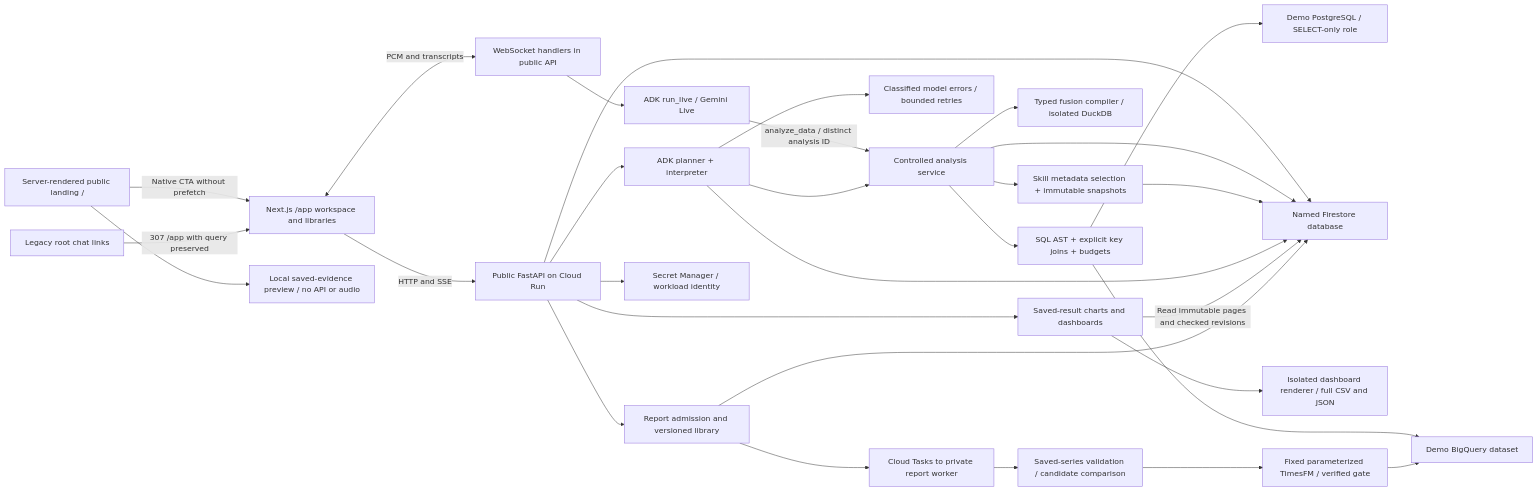
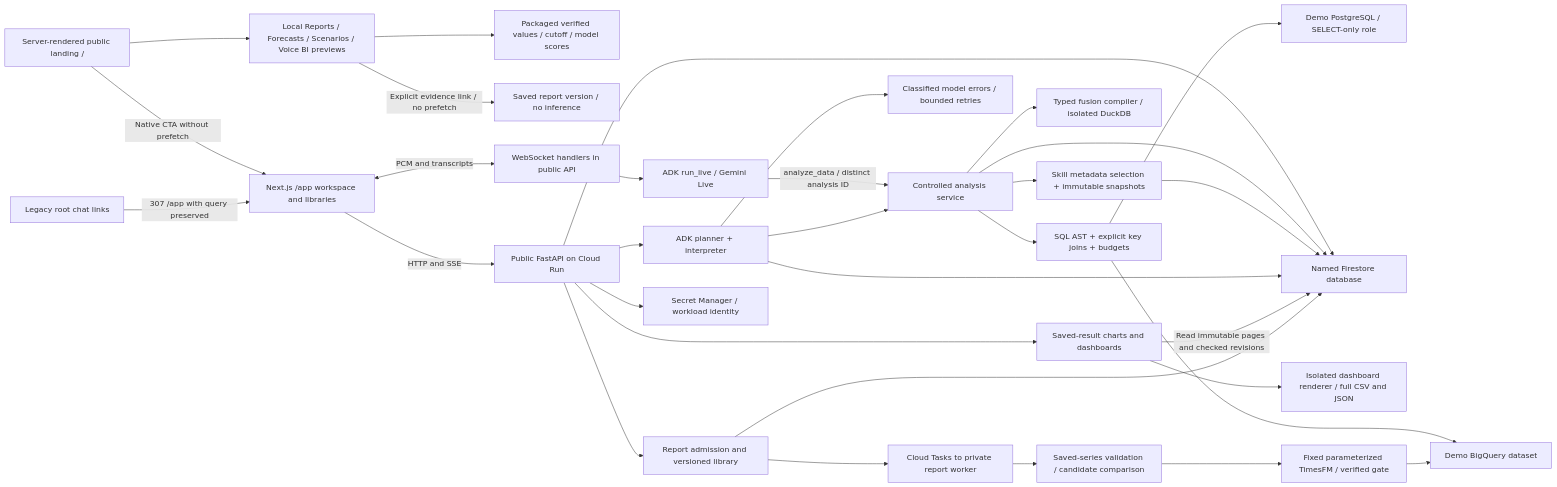
Before and after one commit to RusiruChathushanaka/querylane-agentic-bi: the first of 2 diagrams in docs/architecture.md, drawn with Mermaid. The commit also changed other lines of this file and 11 other files, not shown here.

Commit message:
Refresh TimesFM landing documentation and Graphify architecture maps

````diff
--- a/docs/architecture.md
+++ b/docs/architecture.md
@@ -9,32 +9,34 @@
 ```mermaid
 flowchart LR
     Landing[Server-rendered public landing /] -->|Native CTA without prefetch| Browser[Next.js /app workspace and libraries]
-    Landing --> Preview[Local saved-evidence preview / no API or audio]
+    Landing --> Preview[Local Reports / Forecasts / Scenarios / Voice BI previews]
+    Preview --> Fixture[Packaged verified values / cutoff / model scores]
+    Preview -->|Explicit evidence link / no prefetch| Version[Saved report version / no inference]
     Legacy[Legacy root chat links] -->|307 /app with query preserved| Browser
     Browser -->|HTTP and SSE| API[Public FastAPI on Cloud Run]
     Browser <-->|PCM and transcripts| Voice[WebSocket handlers in public API]
     API --> ADK[ADK planner + interpreter]
     Voice --> Live[ADK run_live / Gemini Live]
     Live -->|analyze_data / distinct analysis ID| Analysis[Controlled analysis service]
     ADK --> Failures[Classified model errors / bounded retries]
     ADK --> Analysis
     Analysis --> Guard[SQL AST + explicit key joins + budgets]
     Guard --> BQ[Demo BigQuery dataset]
     Guard --> PG[Demo PostgreSQL / SELECT-only role]
     Analysis --> Fusion[Typed fusion compiler / isolated DuckDB]
     API --> Store[Named Firestore database]
     Analysis --> Store
     Analysis --> Skills[Skill metadata selection + immutable snapshots]
     Skills --> Store
     ADK --> Store
     API --> Saved[Saved-result charts and dashboards]
     Saved -->|Read immutable pages and checked revisions| Store
     Saved --> Export[Isolated dashboard renderer / full CSV and JSON]
     API --> Reports[Report admission and versioned library]
     Reports --> Store
     Reports --> Dispatch[Cloud Tasks to private report worker]
     Dispatch --> Comparison[Saved-series validation / candidate comparison]
     Comparison --> TimesFM[Fixed parameterized TimesFM / verified gate]
     TimesFM --> BQ
     API --> Secrets[Secret Manager / workload identity]
 ```
````
